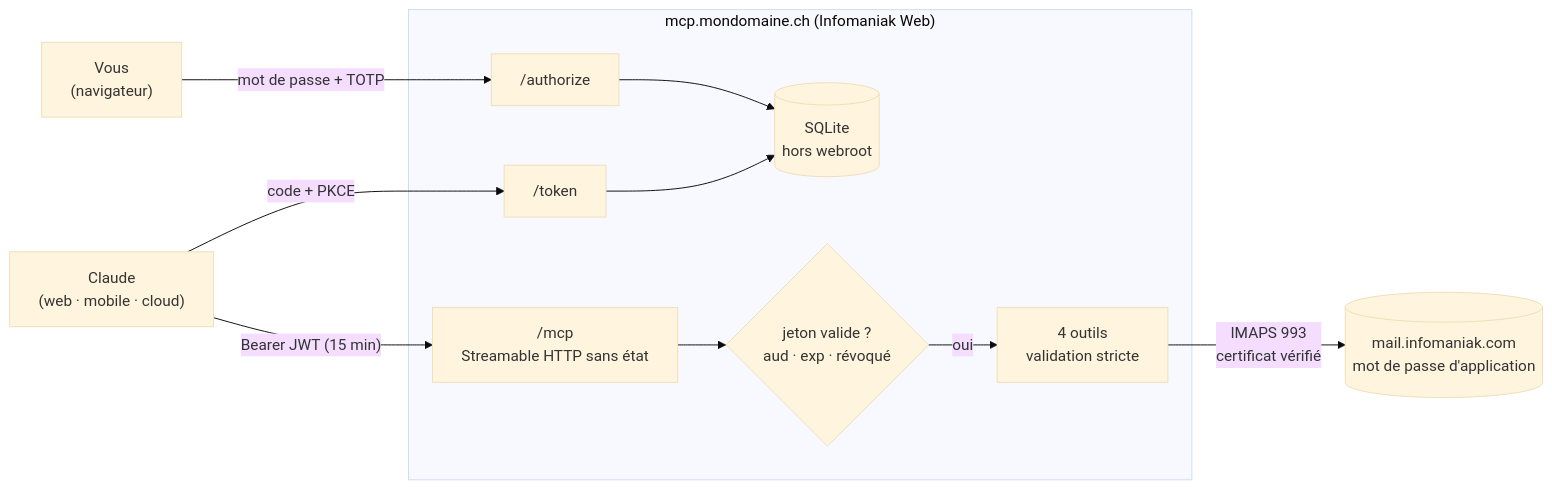
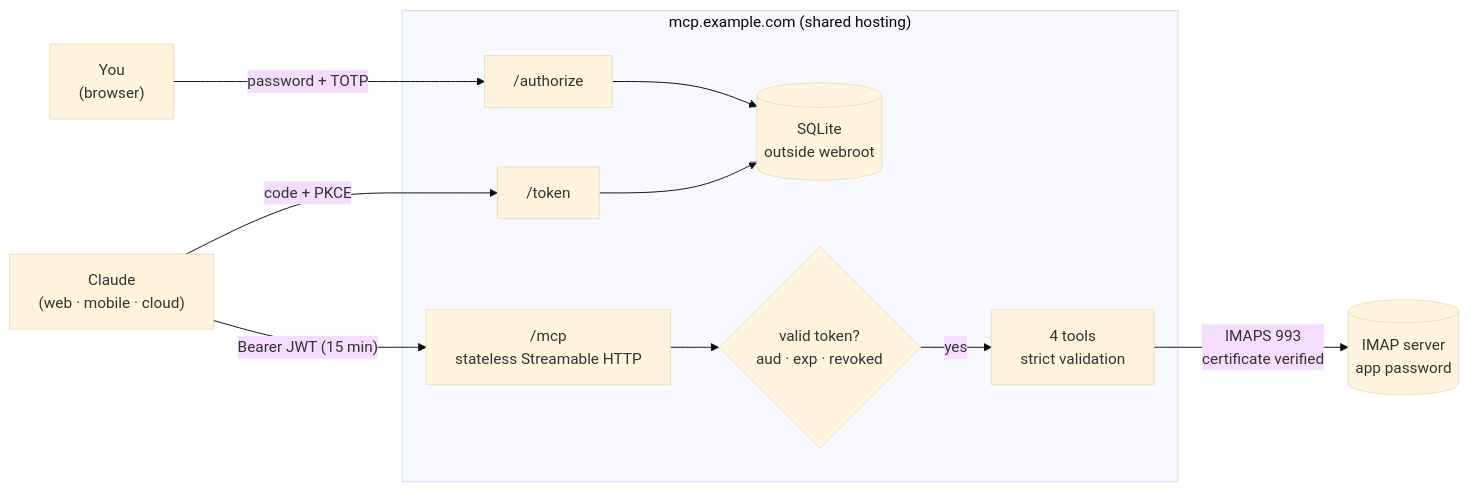
One commit to xiff/Mcp-php-mail changed the first of 2 diagrams in README.md. Above: the diagram before and after it, drawn with Mermaid (base theme). The commit also changed other lines of this file, not shown here.

````diff
--- a/README.md
+++ b/README.md
@@ -51,13 +51,13 @@
 ```mermaid
 flowchart LR
-    C["Claude<br/>(web · mobile · cloud)"] -- "Bearer JWT (15 min)" --> M["/mcp<br/>Streamable HTTP sans état"]
-    U["Vous<br/>(navigateur)"] -- "mot de passe + TOTP" --> A["/authorize"]
+    C["Claude<br/>(web · mobile · cloud)"] -- "Bearer JWT (15 min)" --> M["/mcp<br/>stateless Streamable HTTP"]
+    U["You<br/>(browser)"] -- "password + TOTP" --> A["/authorize"]
     C -- "code + PKCE" --> T["/token"]
-    subgraph S["mcp.mondomaine.ch (Infomaniak Web)"]
-        A --> DB[("SQLite<br/>hors webroot")]
+    subgraph S["mcp.example.com (shared hosting)"]
+        A --> DB[("SQLite<br/>outside webroot")]
         T --> DB
-        M --> V{"jeton valide ?<br/>aud · exp · révoqué"}
-        V -- oui --> TL["4 outils<br/>validation stricte"]
+        M --> V{"valid token?<br/>aud · exp · revoked"}
+        V -- yes --> TL["4 tools<br/>strict validation"]
     end
-    TL -- "IMAPS 993<br/>certificat vérifié" --> I[("mail.infomaniak.com<br/>mot de passe d'application")]
+    TL -- "IMAPS 993<br/>certificate verified" --> I[("IMAP server<br/>app password")]
 ```
````
